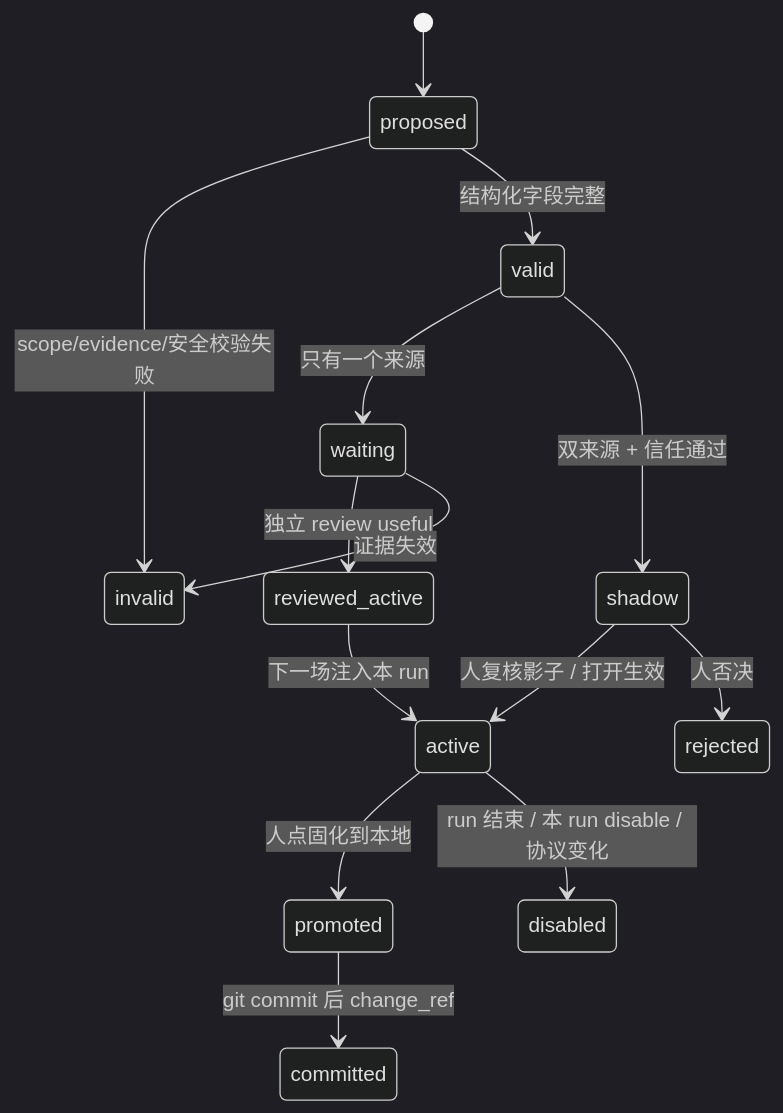
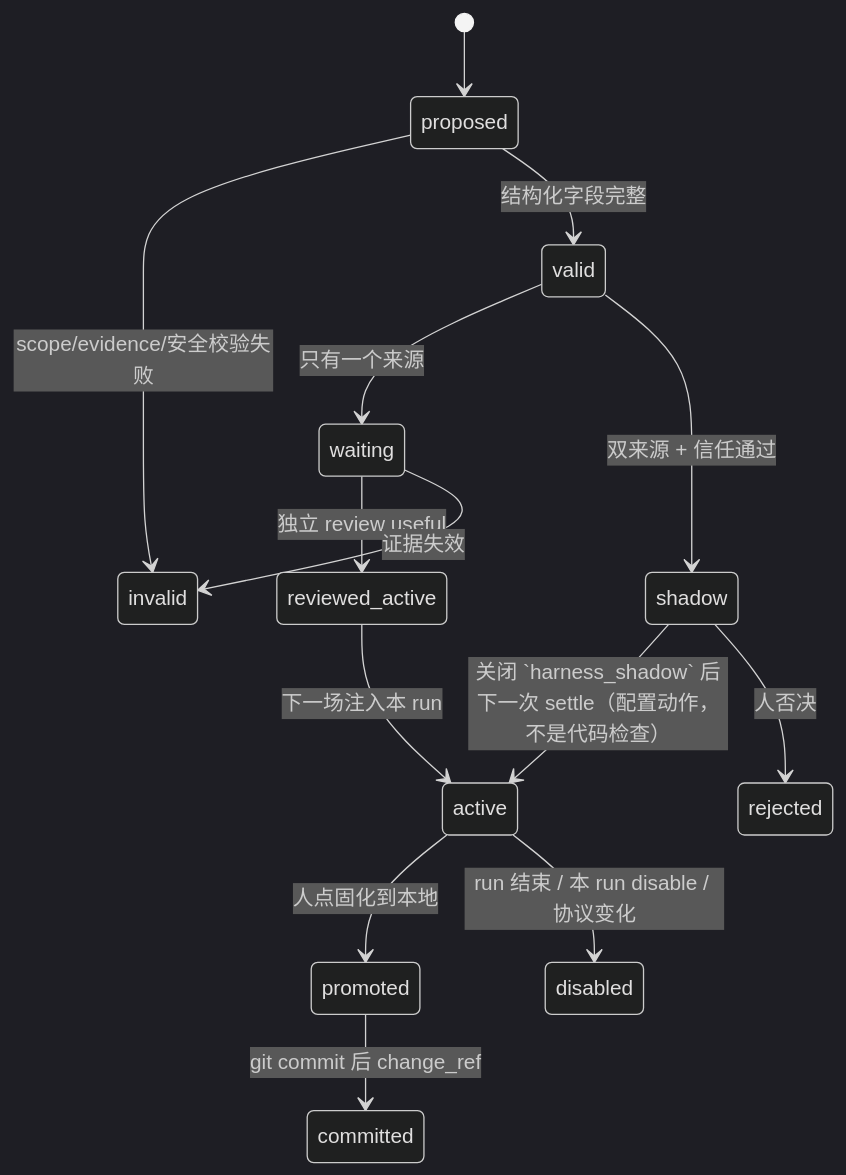
Before and after one commit to kuafuwang/ShapeForge: the seventh of 7 diagrams in docs/架构/可信harness.md, drawn with Mermaid (dark theme). The commit also changed other lines of this file and 22 other files, not shown here.

````diff
--- a/docs/架构/可信harness.md
+++ b/docs/架构/可信harness.md
@@ -338,16 +338,16 @@
 ```mermaid
 stateDiagram-v2
   [*] --> proposed
   proposed --> invalid: scope/evidence/安全校验失败
   proposed --> valid: 结构化字段完整
   valid --> waiting: 只有一个来源
   valid --> shadow: 双来源 + 信任通过
   waiting --> reviewed_active: 独立 review useful
-  shadow --> active: 人复核影子 / 打开生效
+  shadow --> active: 关闭 `harness_shadow` 后下一次 settle（配置动作，不是代码检查）
   reviewed_active --> active: 下一场注入本 run
   shadow --> rejected: 人否决
   active --> promoted: 人点固化到本地
   promoted --> committed: git commit 后 change_ref
   active --> disabled: run 结束 / 本 run disable / 协议变化
   waiting --> invalid: 证据失效
 ```
````
